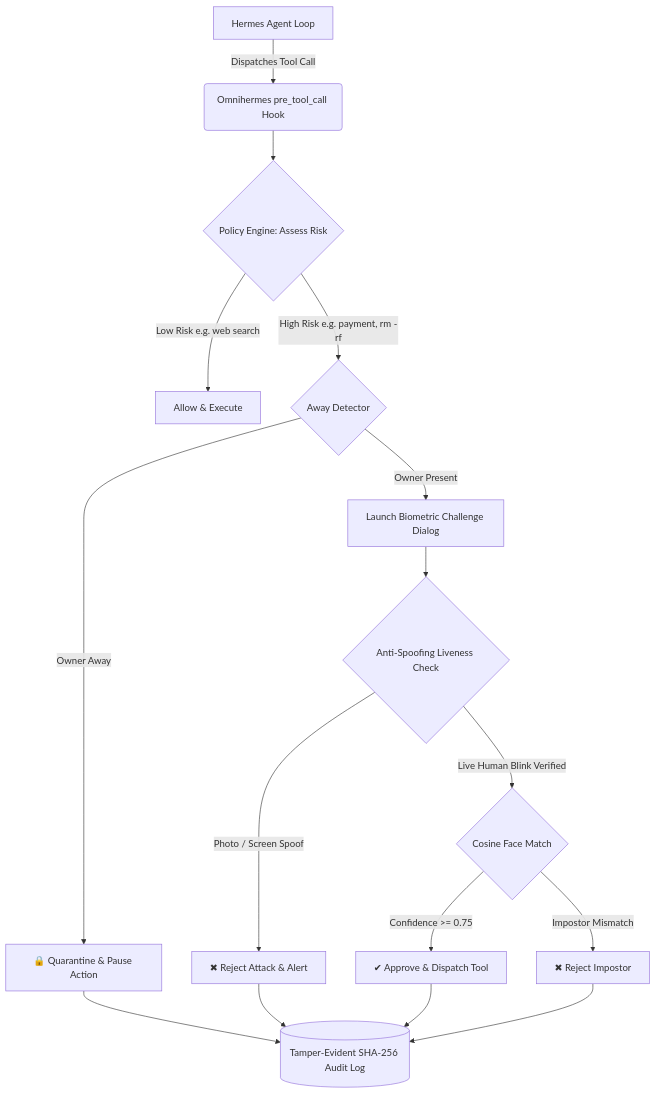
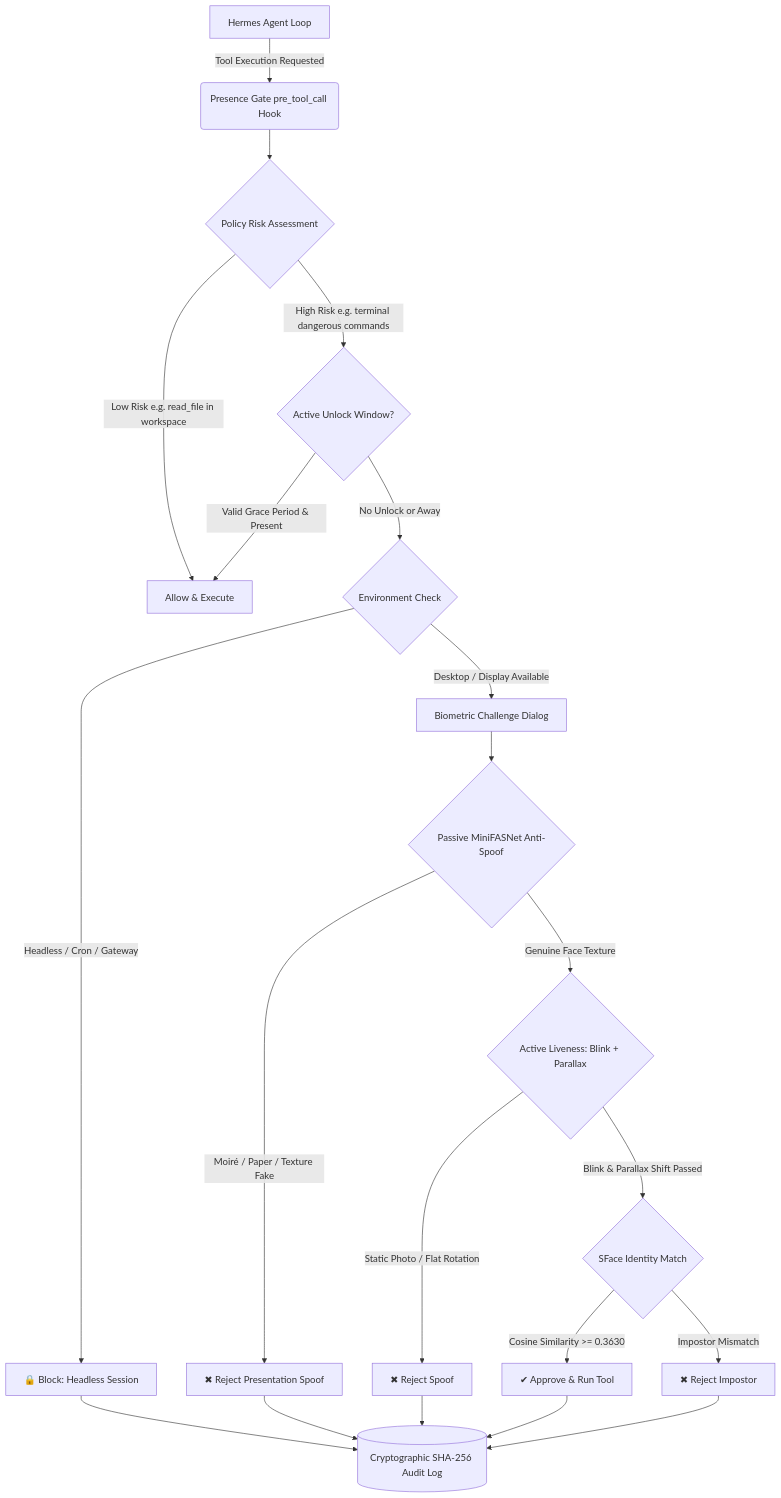
One commit to DataGuy-Eterniti/OmniHermes changed the diagram in README.md. Above: the diagram before and after it, drawn with Mermaid. The commit also changed other lines of this file and 37 other files, not shown here.

Commit message:
presence-gate: face-verified approval plugin for Hermes Agent

````diff
--- a/README.md
+++ b/README.md
@@ -23,15 +14,19 @@
 ```mermaid
 flowchart TD
-    A[Hermes Agent Loop] -->|Dispatches Tool Call| B(Omnihermes pre_tool_call Hook)
-    B --> C{Policy Engine: Assess Risk}
-    C -->|Low Risk e.g. web search| D[Allow & Execute]
-    C -->|High Risk e.g. payment, rm -rf| E{Away Detector}
-    E -->|Owner Away| F[🔒 Quarantine & Pause Action]
-    E -->|Owner Present| G[Launch Biometric Challenge Dialog]
-    G --> H{Anti-Spoofing Liveness Check}
-    H -->|Photo / Screen Spoof| I[✖ Reject Attack & Alert]
-    H -->|Live Human Blink Verified| J{Cosine Face Match}
-    J -->|Confidence >= 0.75| K[✔ Approve & Dispatch Tool]
-    J -->|Impostor Mismatch| L[✖ Reject Impostor]
-    F & I & K & L --> M[(Tamper-Evident SHA-256 Audit Log)]
+    A[Hermes Agent Loop] -->|Tool Execution Requested| B(Presence Gate pre_tool_call Hook)
+    B --> C{Policy Risk Assessment}
+    C -->|Low Risk e.g. read_file in workspace| D[Allow & Execute]
+    C -->|High Risk e.g. terminal dangerous commands| E{Active Unlock Window?}
+    E -->|Valid Grace Period & Present| D
+    E -->|No Unlock or Away| F{Environment Check}
+    F -->|Headless / Cron / Gateway| G[🔒 Block: Headless Session]
+    F -->|Desktop / Display Available| H[Biometric Challenge Dialog]
+    H --> I{Passive MiniFASNet Anti-Spoof}
+    I -->|Moiré / Paper / Texture Fake| J[✖ Reject Presentation Spoof]
+    I -->|Genuine Face Texture| K{Active Liveness: Blink + Parallax}
+    K -->|Static Photo / Flat Rotation| L[✖ Reject Spoof]
+    K -->|Blink & Parallax Shift Passed| M{SFace Identity Match}
+    M -->|Cosine Similarity >= 0.3630| N[✔ Approve & Run Tool]
+    M -->|Impostor Mismatch| O[✖ Reject Impostor]
+    G & J & L & N & O --> P[(Cryptographic SHA-256 Audit Log)]
 ```
````
